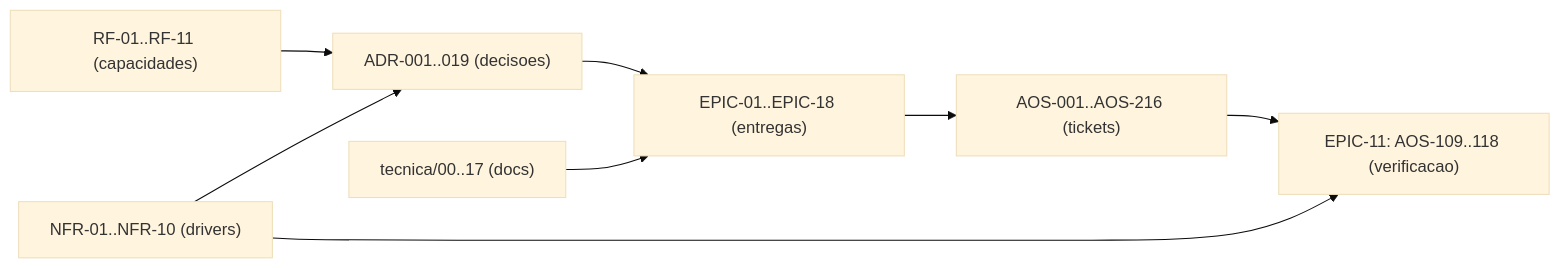
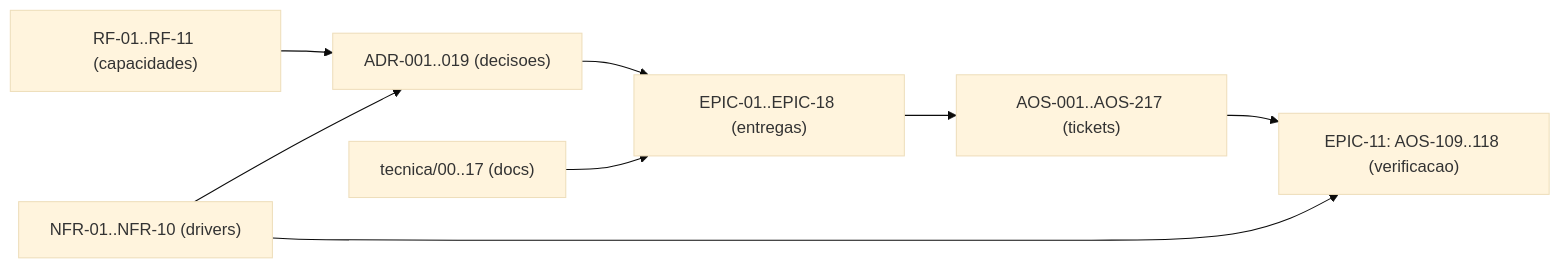
The diagram in tecnica/16_Rastreabilidade_RTM.md (albinoJimy/aos), drawn with Mermaid (base theme) before and after one commit. The commit also changed other lines of this file and 1 other file, not shown here.

First line of the commit message:
docs(AOS-217): formalizar o fix do titular fail-closed no submit soberano (achado A1)

````diff
--- a/tecnica/16_Rastreabilidade_RTM.md
+++ b/tecnica/16_Rastreabilidade_RTM.md
@@ -169,10 +169,10 @@
 ```mermaid
 flowchart LR
     RF["RF-01..RF-11 (capacidades)"] --> ADR["ADR-001..019 (decisoes)"]
     NFR["NFR-01..NFR-10 (drivers)"] --> ADR
     ADR --> EPIC["EPIC-01..EPIC-18 (entregas)"]
-    EPIC --> TICK["AOS-001..AOS-216 (tickets)"]
+    EPIC --> TICK["AOS-001..AOS-217 (tickets)"]
     DOC["tecnica/00..17 (docs)"] --> EPIC
     TICK --> TEST["EPIC-11: AOS-109..118 (verificacao)"]
     NFR --> TEST
 ```
````
